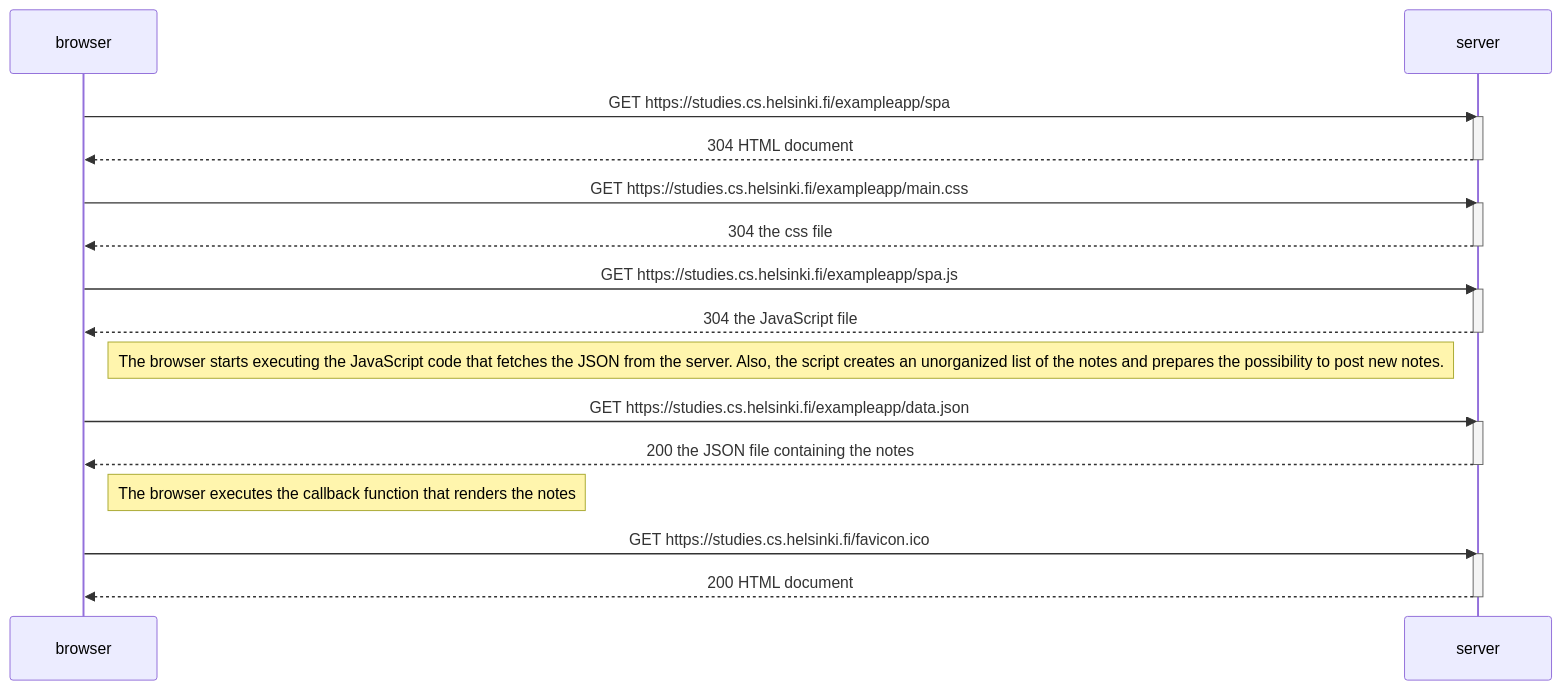
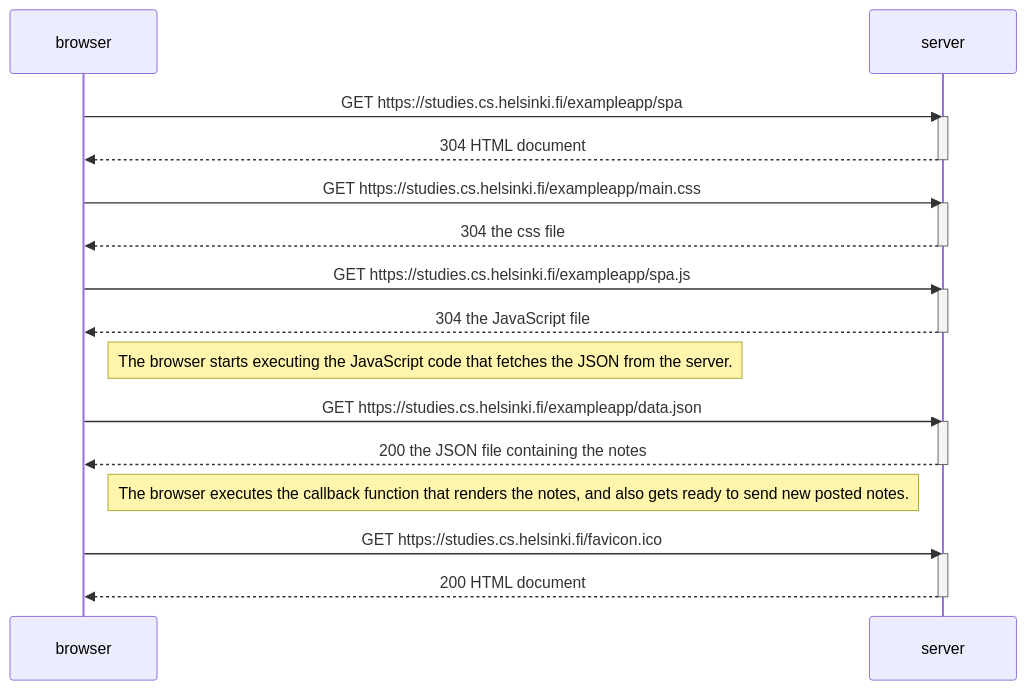
Before and after one commit to immosentomppa/fullstackopen: the diagram in part0/viewspadiagram.md, drawn with Mermaid.

````diff
--- a/part0/viewspadiagram.md
+++ b/part0/viewspadiagram.md
@@ -1,34 +1,34 @@
 ```mermaid
 sequenceDiagram
     participant browser
     participant server
 
     browser->>server: GET https://studies.cs.helsinki.fi/exampleapp/spa
     activate server
     server-->>browser: 304 HTML document
     deactivate server
 
     browser->>server: GET https://studies.cs.helsinki.fi/exampleapp/main.css
     activate server
     server-->>browser: 304 the css file
     deactivate server
 
     browser->>server: GET https://studies.cs.helsinki.fi/exampleapp/spa.js
     activate server
     server-->>browser: 304 the JavaScript file
     deactivate server
 
-    Note right of browser: The browser starts executing the JavaScript code that fetches the JSON from the server. Also, the script creates an unorganized list of the notes and prepares the possibility to post new notes.
+    Note right of browser: The browser starts executing the JavaScript code that fetches the JSON from the server.
 
     browser->>server: GET https://studies.cs.helsinki.fi/exampleapp/data.json
     activate server
     server-->>browser: 200 the JSON file containing the notes
     deactivate server
 
-    Note right of browser: The browser executes the callback function that renders the notes
+    Note right of browser: The browser executes the callback function that renders the notes, and also gets ready to send new posted notes.
     
     browser->>server: GET https://studies.cs.helsinki.fi/favicon.ico
     activate server
     server-->>browser: 200 HTML document
     deactivate server
 ```    
````
